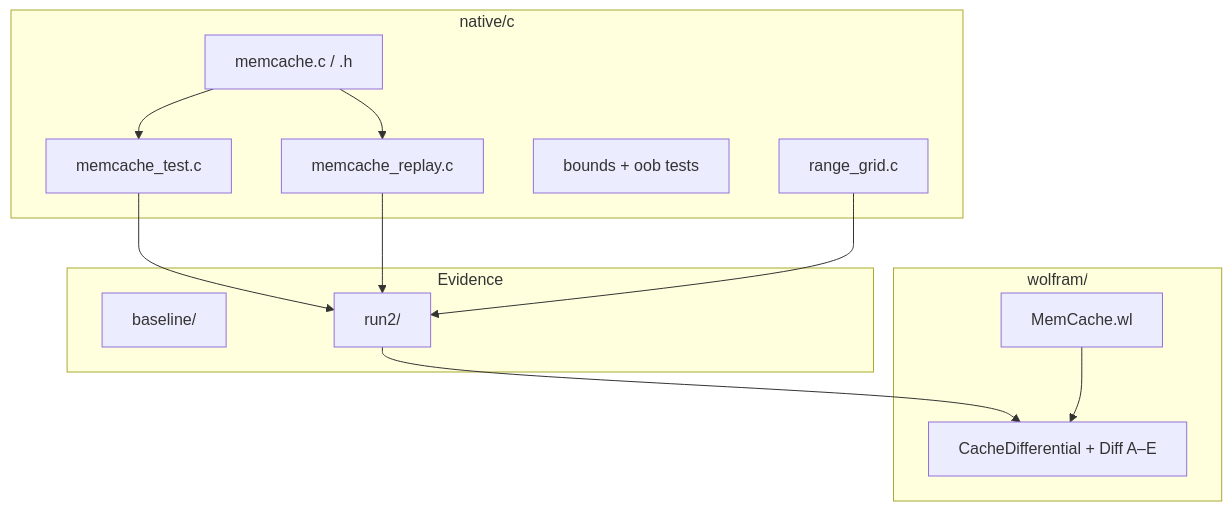
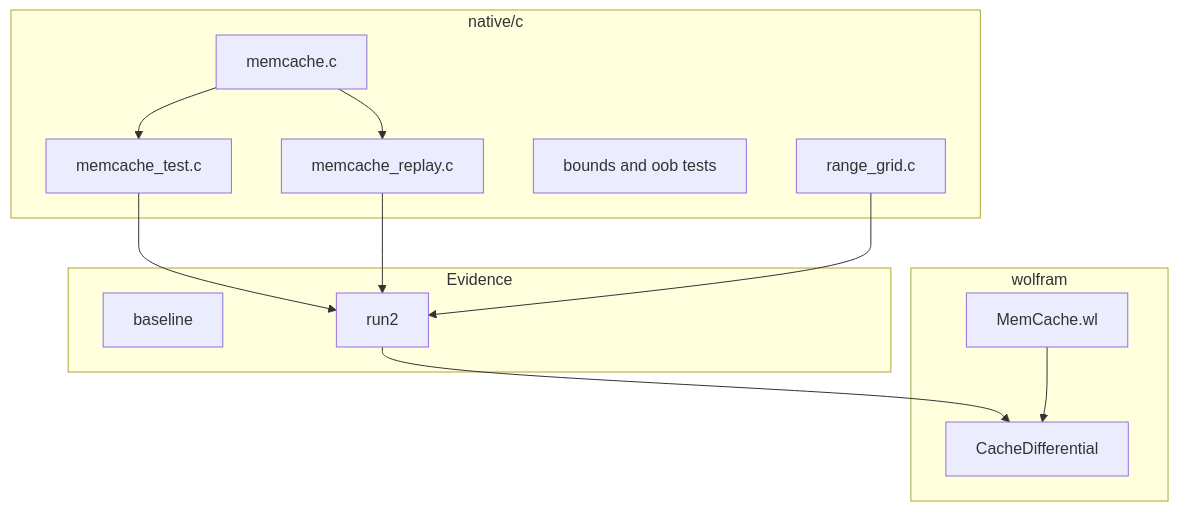
Before and after one commit to AHMADALIPARR/memcache: the third of 3 diagrams in README.md, drawn with Mermaid. The commit also changed other lines of this file, not shown here.

Commit message:
Sanitize mermaid labels: no parens, brackets, or shift operators

````diff
--- a/README.md
+++ b/README.md
@@ -104,28 +98,28 @@
 ```mermaid
 flowchart TB
-    subgraph Native["native/c"]
-        CORE["memcache.c / .h"]
-        DRV["memcache_test.c"]
-        REP["memcache_replay.c"]
-        BND["bounds + oob tests"]
-        GRID["range_grid.c"]
+    subgraph Native[native/c]
+        CORE[memcache.c]
+        DRV[memcache_test.c]
+        REP[memcache_replay.c]
+        BND[bounds and oob tests]
+        GRID[range_grid.c]
     end
 
-    subgraph Evidence["Evidence"]
-        BASE["baseline/"]
-        RUN2["run2/"]
+    subgraph Evidence[Evidence]
+        BASE[baseline]
+        RUN2[run2]
     end
 
-    subgraph WLsub["wolfram/"]
-        MODEL["MemCache.wl"]
-        DIFF["CacheDifferential + Diff A–E"]
+    subgraph WLsub[wolfram]
+        MODEL[MemCache.wl]
+        DIFF[CacheDifferential]
     end
 
     CORE --> DRV
     CORE --> REP
     DRV --> RUN2
     REP --> RUN2
     GRID --> RUN2
     RUN2 --> DIFF
     MODEL --> DIFF
 ```
````
